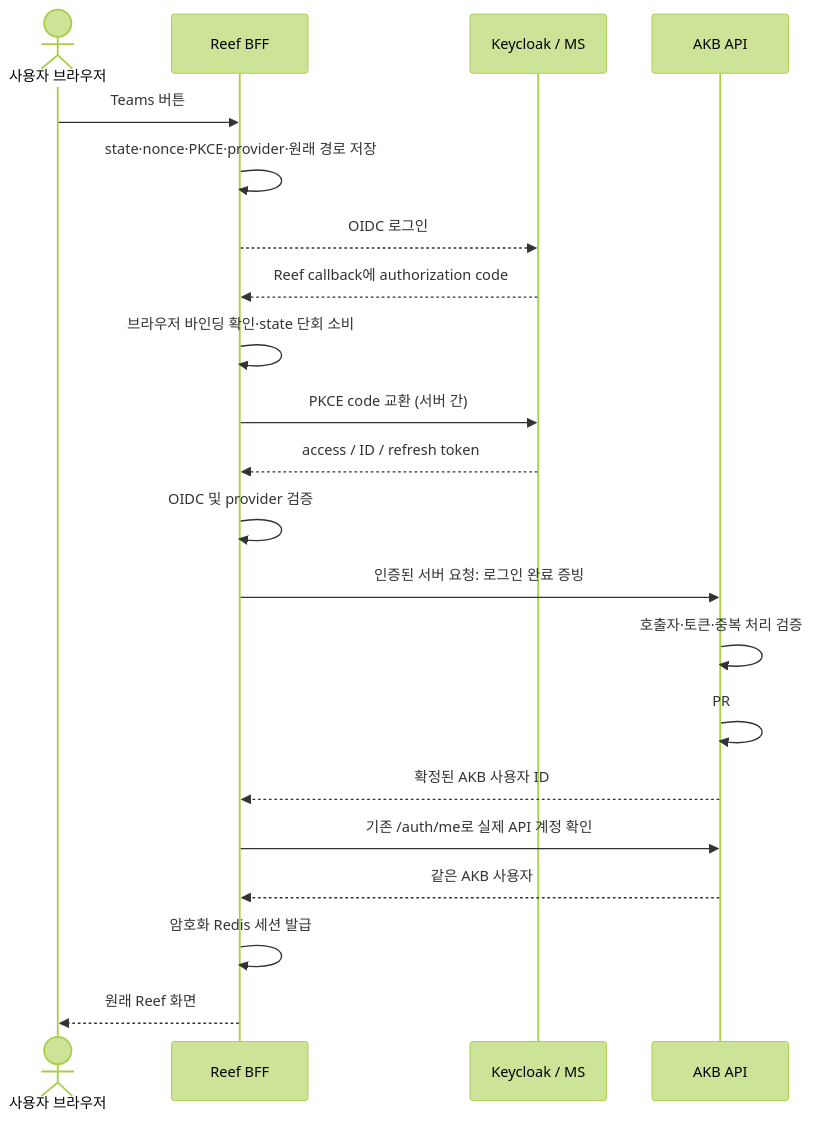
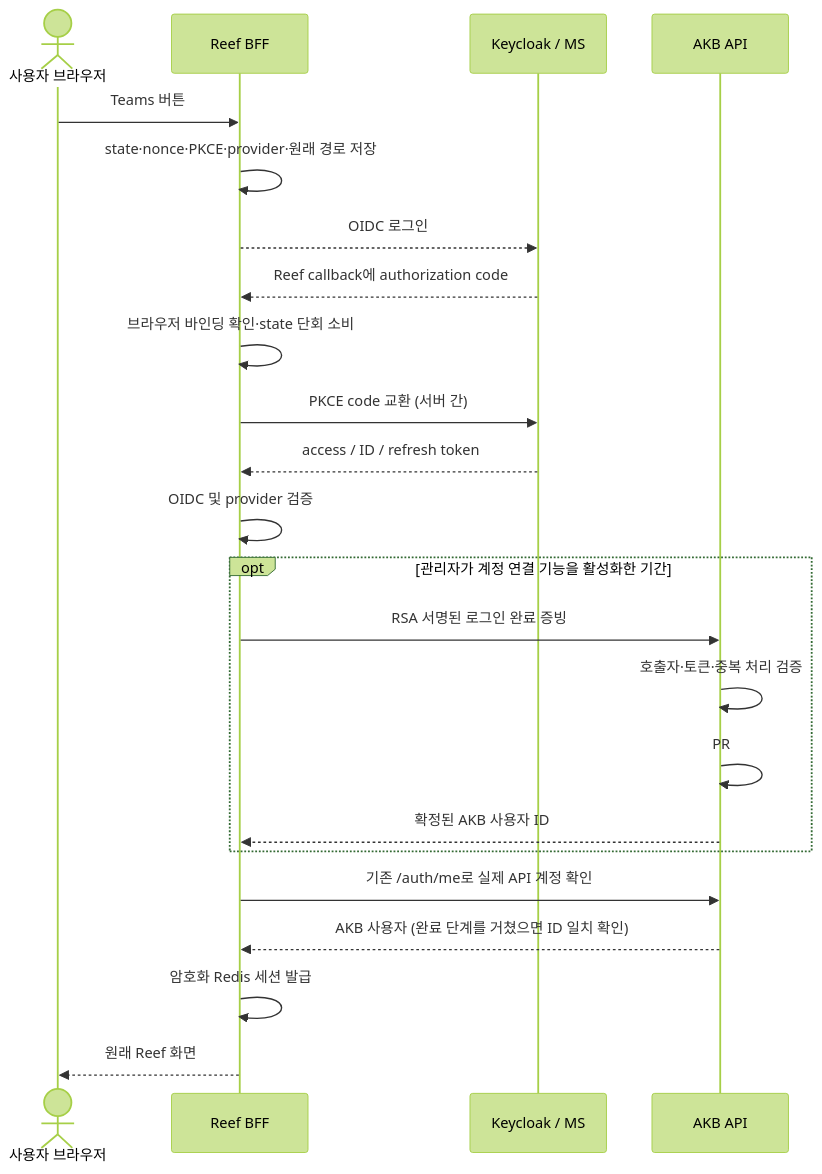
The diagram in docs/design/reef-teams-account-linking.md (dnotitia/reef), drawn with Mermaid (forest theme) before and after one commit. The commit also changed other lines of this file and 7 other files, not shown here.

````diff
--- a/docs/design/reef-teams-account-linking.md
+++ b/docs/design/reef-teams-account-linking.md
@@ -22,23 +29,25 @@
 ```mermaid
 sequenceDiagram
   actor U as 사용자 브라우저
   participant R as Reef BFF
   participant K as Keycloak / MS
   participant A as AKB API
   U->>R: Teams 버튼
   R->>R: state·nonce·PKCE·provider·원래 경로 저장
   R-->>K: OIDC 로그인
   K-->>R: Reef callback에 authorization code
   R->>R: 브라우저 바인딩 확인·state 단회 소비
   R->>K: PKCE code 교환 (서버 간)
   K-->>R: access / ID / refresh token
   R->>R: OIDC 및 provider 검증
-  R->>A: 인증된 서버 요청: 로그인 완료 증빙
-  A->>A: 호출자·토큰·중복 처리 검증
-  A->>A: PR #531 계정 연결/가입
-  A-->>R: 확정된 AKB 사용자 ID
+  opt 관리자가 계정 연결 기능을 활성화한 기간
+    R->>A: RSA 서명된 로그인 완료 증빙
+    A->>A: 호출자·토큰·중복 처리 검증
+    A->>A: PR #531 계정 연결/가입
+    A-->>R: 확정된 AKB 사용자 ID
+  end
   R->>A: 기존 /auth/me로 실제 API 계정 확인
-  A-->>R: 같은 AKB 사용자
+  A-->>R: AKB 사용자 (완료 단계를 거쳤으면 ID 일치 확인)
   R->>R: 암호화 Redis 세션 발급
   R-->>U: 원래 Reef 화면
 ```
````
